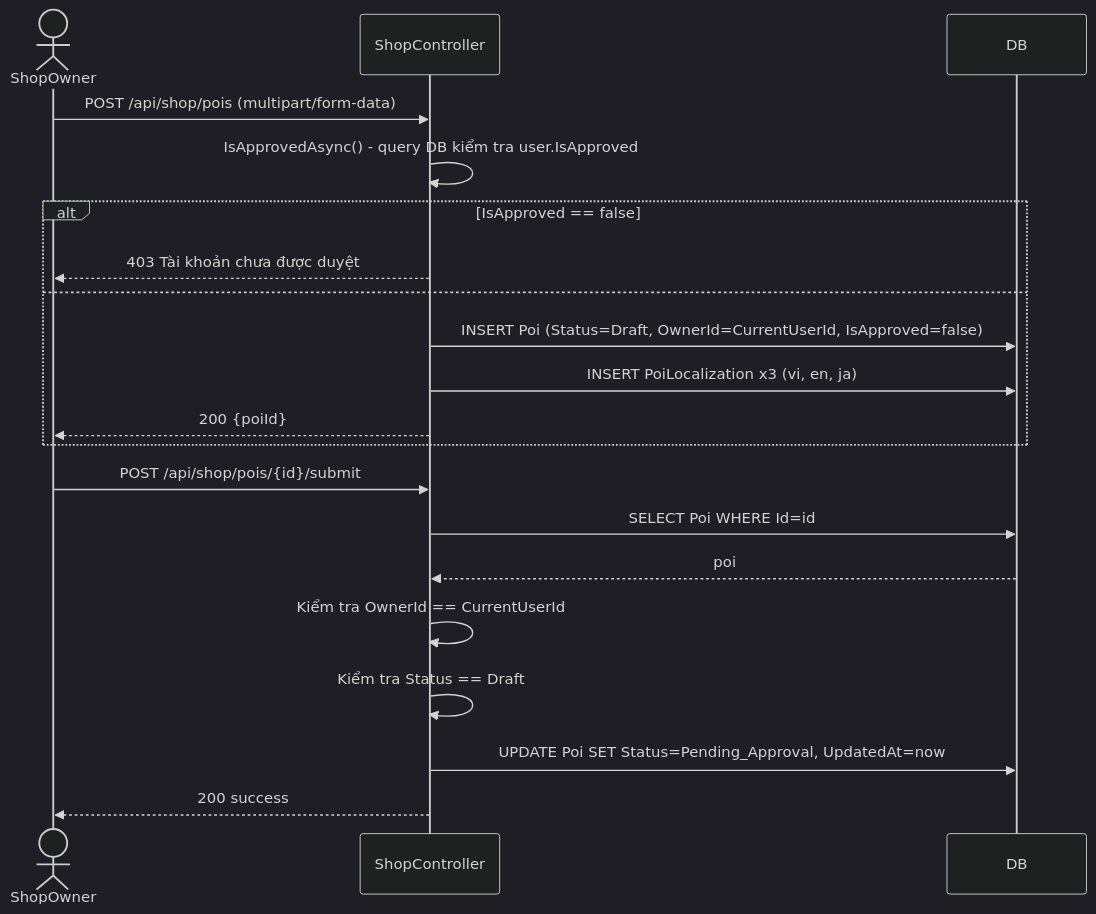
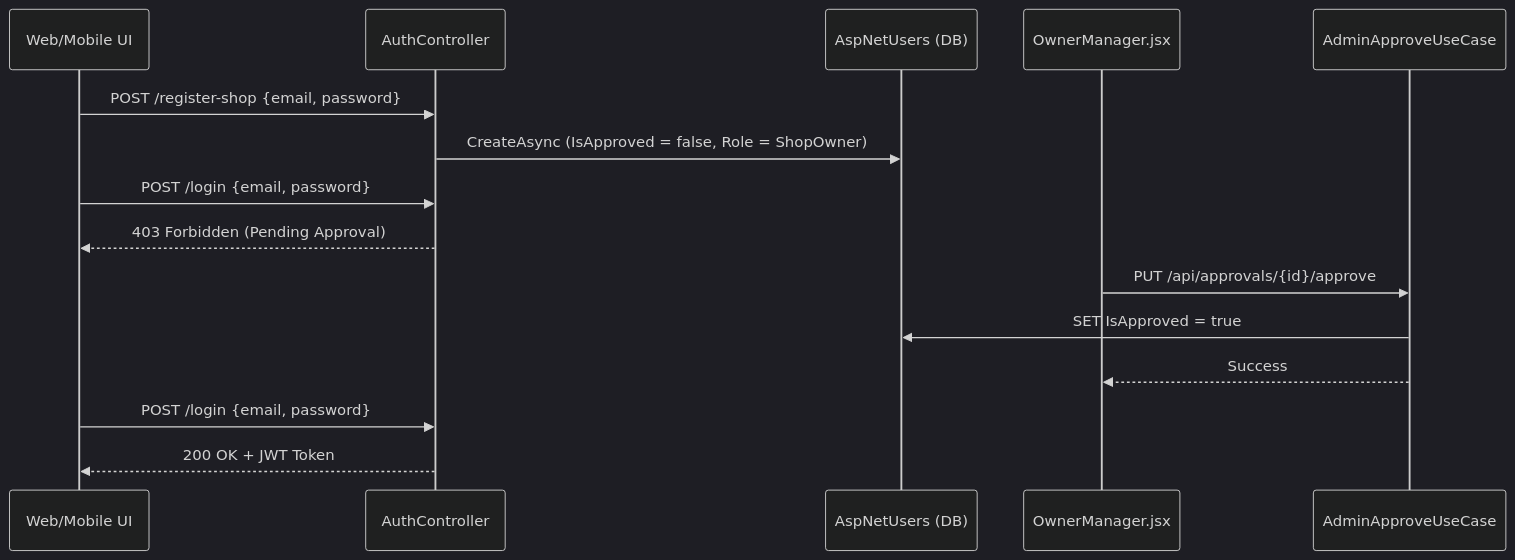
Before and after one commit to phamquyet47204/C-Sharp: diagram 15 of 23 in README.md, drawn with Mermaid (dark theme). The commit also changed other lines of this file and 32 other files, not shown here.

````diff
--- a/README.md
+++ b/README.md
@@ -512,24 +558,20 @@
 ```mermaid
 sequenceDiagram
-  actor ShopOwner
-  participant ShopController
-  participant DB
+    participant UI as Web/Mobile UI
+    participant Auth as AuthController
+    participant DB as AspNetUsers (DB)
+    participant AdminUI as OwnerManager.jsx
+    participant ApproveUC as AdminApproveUseCase
 
-  ShopOwner->>ShopController: POST /api/shop/pois (multipart/form-data)
-  ShopController->>ShopController: IsApprovedAsync() - query DB kiểm tra user.IsApproved
-  alt IsApproved == false
-    ShopController-->>ShopOwner: 403 Tài khoản chưa được duyệt
-  else
-    ShopController->>DB: INSERT Poi (Status=Draft, OwnerId=CurrentUserId, IsApproved=false)
-    ShopController->>DB: INSERT PoiLocalization x3 (vi, en, ja)
-    ShopController-->>ShopOwner: 200 {poiId}
-  end
-
-  ShopOwner->>ShopController: POST /api/shop/pois/{id}/submit
-  ShopController->>DB: SELECT Poi WHERE Id=id
-  DB-->>ShopController: poi
-  ShopController->>ShopController: Kiểm tra OwnerId == CurrentUserId
-  ShopController->>ShopController: Kiểm tra Status == Draft
-  ShopController->>DB: UPDATE Poi SET Status=Pending_Approval, UpdatedAt=now
-  ShopController-->>ShopOwner: 200 success
+    UI->>Auth: POST /register-shop {email, password}
+    Auth->>DB: CreateAsync (IsApproved = false, Role = ShopOwner)
+    UI->>Auth: POST /login {email, password}
+    Auth-->>UI: 403 Forbidden (Pending Approval)
+    
+    AdminUI->>ApproveUC: PUT /api/approvals/{id}/approve
+    ApproveUC->>DB: SET IsApproved = true
+    ApproveUC-->>AdminUI: Success
+    
+    UI->>Auth: POST /login {email, password}
+    Auth-->>UI: 200 OK + JWT Token
 ```
````
